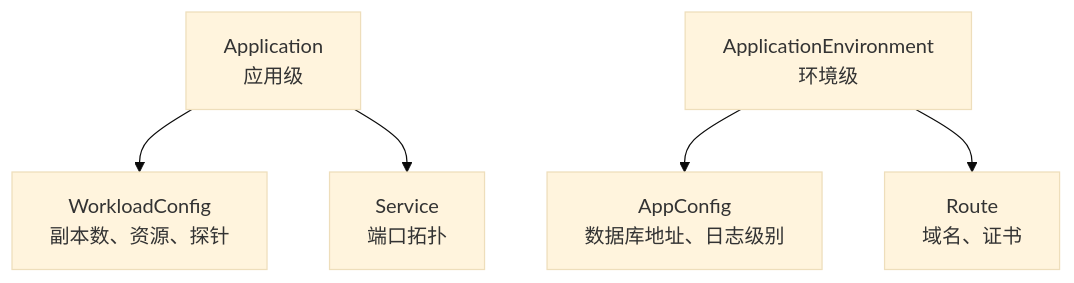
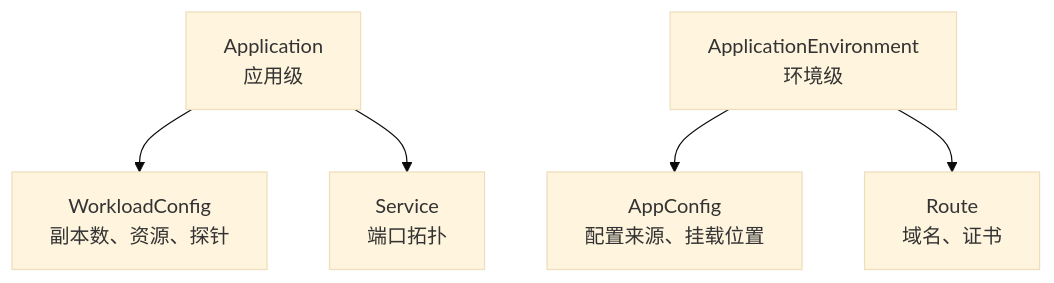
The second of 3 diagrams in content/docs/concepts/_index.md (bsonger/devflow-document), drawn with Mermaid (base theme) before and after one commit. The commit also changed other lines of this file and 119 other files, not shown here.

````diff
--- a/content/docs/concepts/_index.md
+++ b/content/docs/concepts/_index.md
@@ -104,11 +100,11 @@
 ```mermaid
 graph TB
     A[Application<br/>应用级]
     AE[ApplicationEnvironment<br/>环境级]
 
     A --> WL[WorkloadConfig<br/>副本数、资源、探针]
     A --> S[Service<br/>端口拓扑]
 
-    AE --> AC[AppConfig<br/>数据库地址、日志级别]
+    AE --> AC[AppConfig<br/>配置来源、挂载位置]
     AE --> R[Route<br/>域名、证书]
 ```
````
